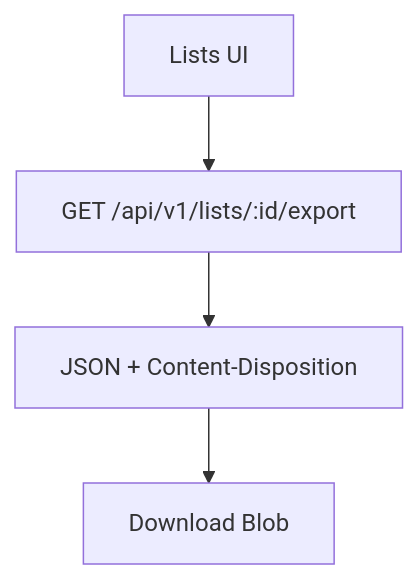
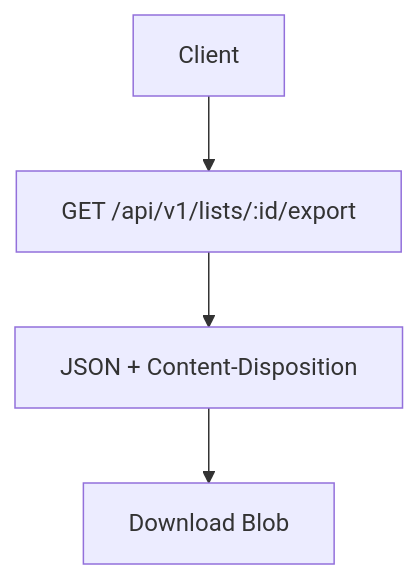
Before and after one commit to dragondad22/CrossWise: the second of 4 diagrams in docs/import-export-flow.md, drawn with Mermaid. The commit also changed other lines of this file and 8 other files, not shown here.

````diff
--- a/docs/import-export-flow.md
+++ b/docs/import-export-flow.md
@@ -22,6 +44,6 @@
 ```mermaid
 flowchart TD
-    UI[Lists UI] --> API[GET /api/v1/lists/:id/export]
+    UI[Client] --> API[GET /api/v1/lists/:id/export]
     API --> RESP[JSON + Content-Disposition]
     RESP --> DL[Download Blob]
 ```
````
